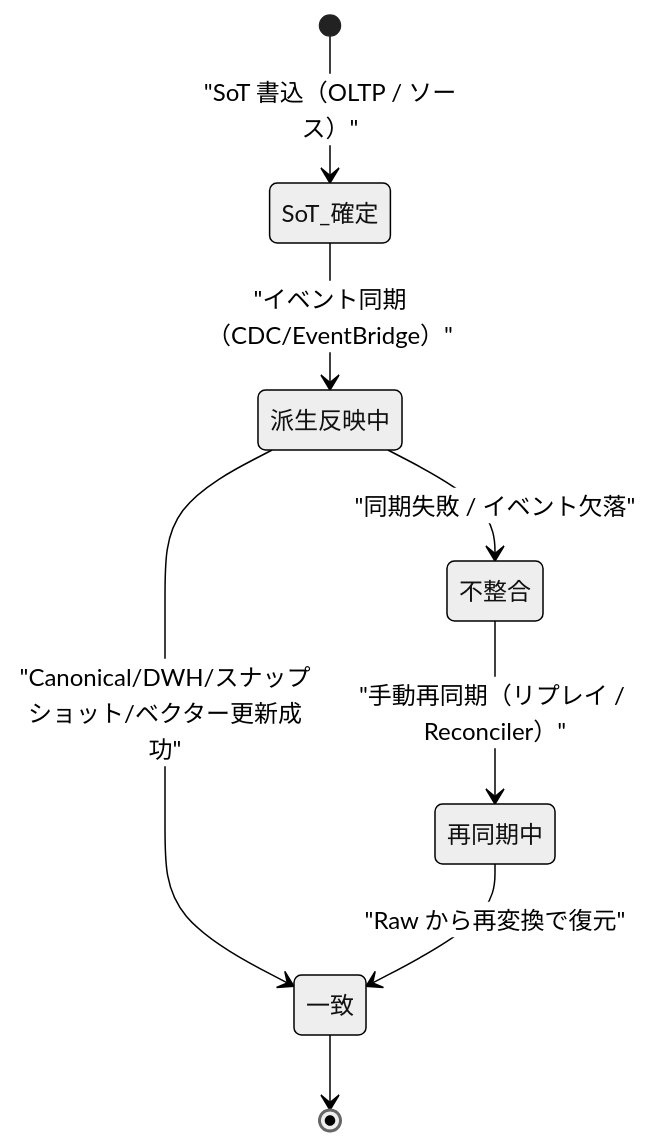
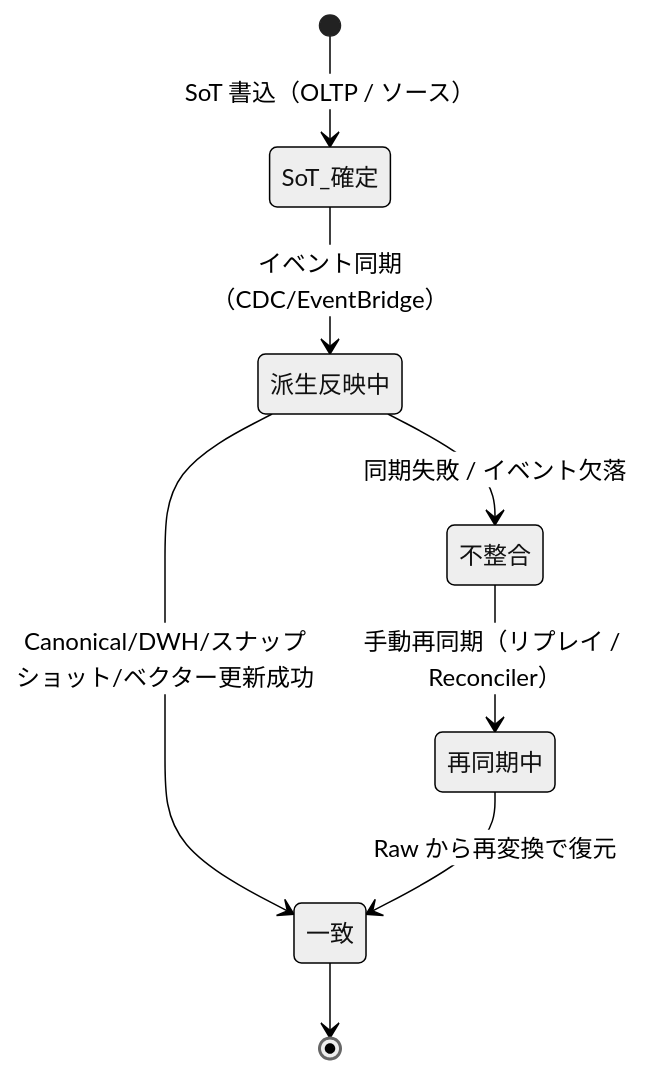
Before and after one commit to TSUNAGUBA/akebono-honshu: the eighth of 8 diagrams in docs/platform-design/basic-design/02-overall-architecture.md, drawn with Mermaid (neutral theme). The commit also changed other lines of this file and 30 other files, not shown here.

````diff
--- a/docs/platform-design/basic-design/02-overall-architecture.md
+++ b/docs/platform-design/basic-design/02-overall-architecture.md
@@ -508,10 +514,10 @@
 ```mermaid
 stateDiagram-v2
-    [*] --> SoT_確定: "SoT 書込（OLTP / ソース）"
-    SoT_確定 --> 派生反映中: "イベント同期（CDC/EventBridge）"
-    派生反映中 --> 一致: "Canonical/DWH/スナップショット/ベクター更新成功"
-    派生反映中 --> 不整合: "同期失敗 / イベント欠落"
-    不整合 --> 再同期中: "手動再同期（リプレイ / Reconciler）"
-    再同期中 --> 一致: "Raw から再変換で復元"
+    [*] --> SoT_確定: SoT 書込（OLTP / ソース）
+    SoT_確定 --> 派生反映中: イベント同期（CDC/EventBridge）
+    派生反映中 --> 一致: Canonical/DWH/スナップショット/ベクター更新成功
+    派生反映中 --> 不整合: 同期失敗 / イベント欠落
+    不整合 --> 再同期中: 手動再同期（リプレイ / Reconciler）
+    再同期中 --> 一致: Raw から再変換で復元
     一致 --> [*]
 ```
````
